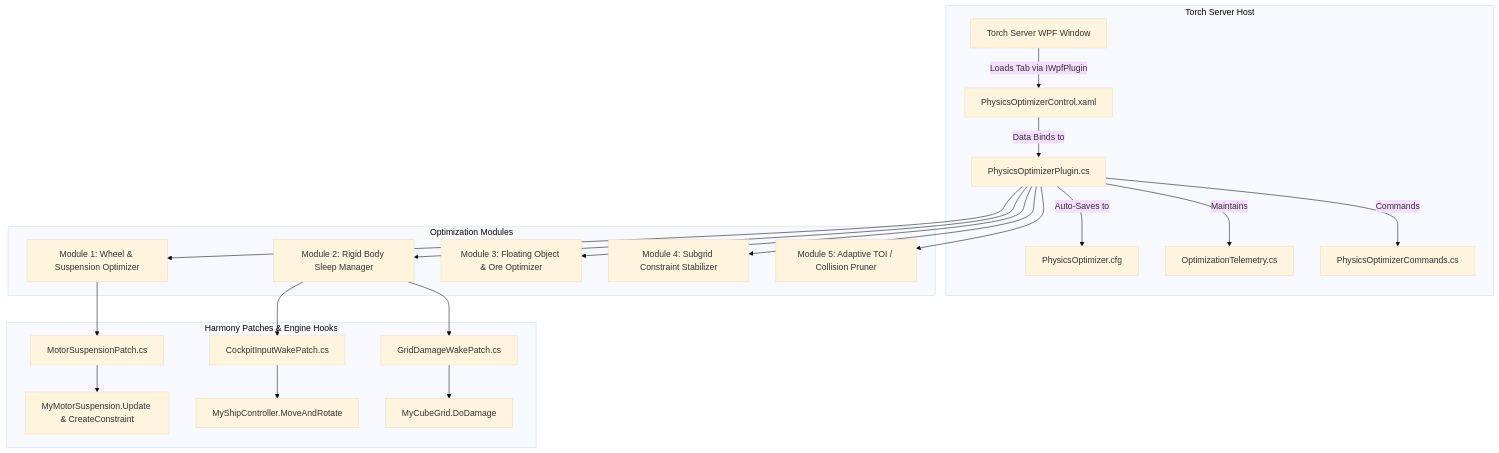
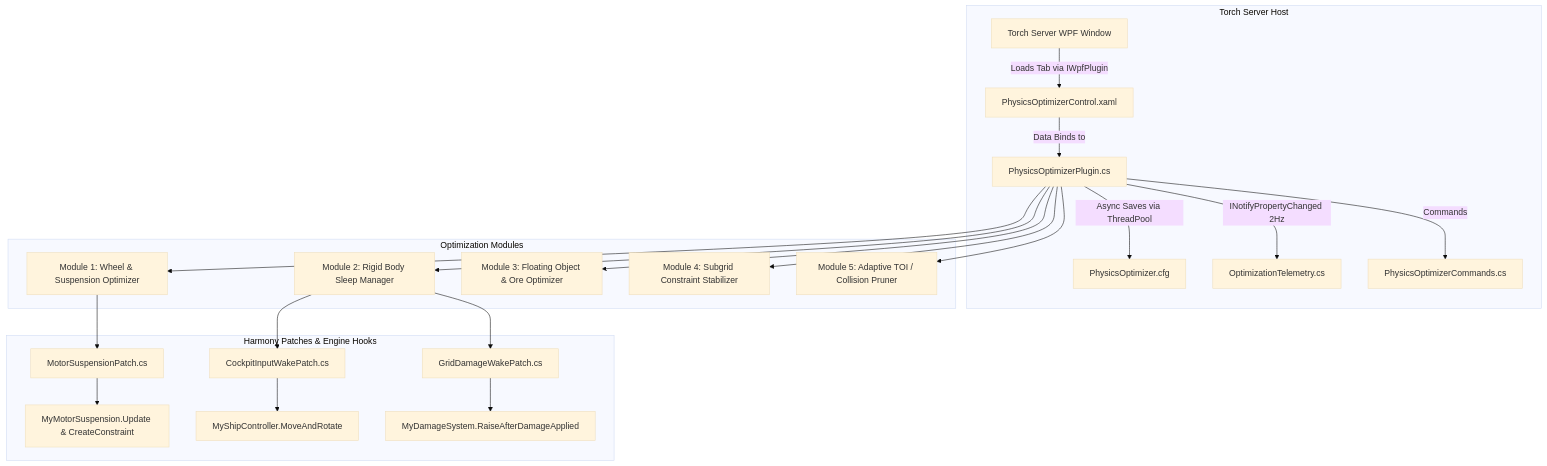
Before and after one commit to GV-Server-Mods/PhysicsOptimizations: the diagram in README.md, drawn with Mermaid (base theme). The commit also changed other lines of this file and 15 other files, not shown here.

````diff
--- a/README.md
+++ b/README.md
@@ -34,27 +34,27 @@
 ```mermaid
 graph TD
     subgraph Torch Server Host
         TorchGUI[Torch Server WPF Window] -->|Loads Tab via IWpfPlugin| UI[PhysicsOptimizerControl.xaml]
         UI -->|Data Binds to| Plugin[PhysicsOptimizerPlugin.cs]
-        Plugin -->|Auto-Saves to| CfgFile[PhysicsOptimizer.cfg]
-        Plugin -->|Maintains| Telemetry[OptimizationTelemetry.cs]
+        Plugin -->|Async Saves via ThreadPool| CfgFile[PhysicsOptimizer.cfg]
+        Plugin -->|INotifyPropertyChanged 2Hz| Telemetry[OptimizationTelemetry.cs]
         Plugin -->|Commands| Commands[PhysicsOptimizerCommands.cs]
     end
 
     subgraph Optimization Modules
         Plugin --> M1[Module 1: Wheel & Suspension Optimizer]
         Plugin --> M2[Module 2: Rigid Body Sleep Manager]
         Plugin --> M3[Module 3: Floating Object & Ore Optimizer]
         Plugin --> M4[Module 4: Subgrid Constraint Stabilizer]
         Plugin --> M5[Module 5: Adaptive TOI / Collision Pruner]
     end
 
     subgraph Harmony Patches & Engine Hooks
         M1 --> P1[MotorSuspensionPatch.cs]
         M2 --> P2[CockpitInputWakePatch.cs]
         M2 --> P3[GridDamageWakePatch.cs]
         P1 --> GameSuspension[MyMotorSuspension.Update & CreateConstraint]
         P2 --> GameCockpit[MyShipController.MoveAndRotate]
-        P3 --> GameDamage[MyCubeGrid.DoDamage]
+        P3 --> GameDamage[MyDamageSystem.RaiseAfterDamageApplied]
     end
 ```
````
